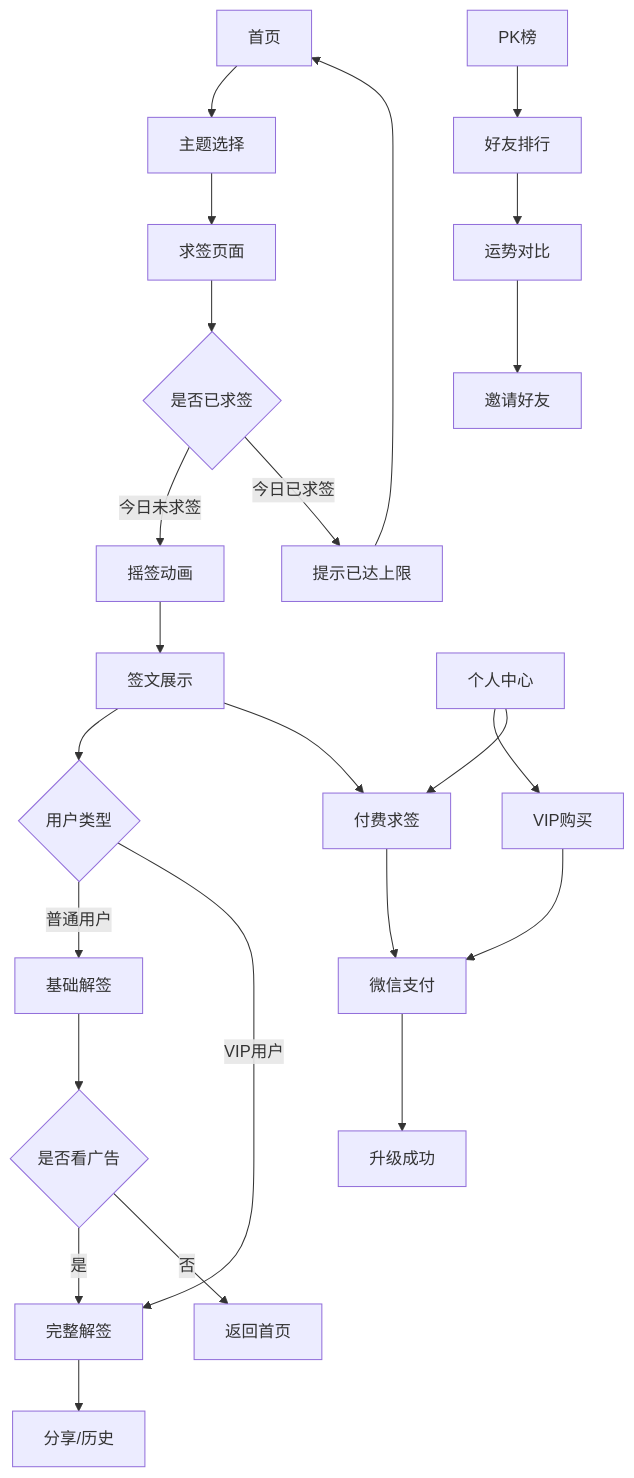
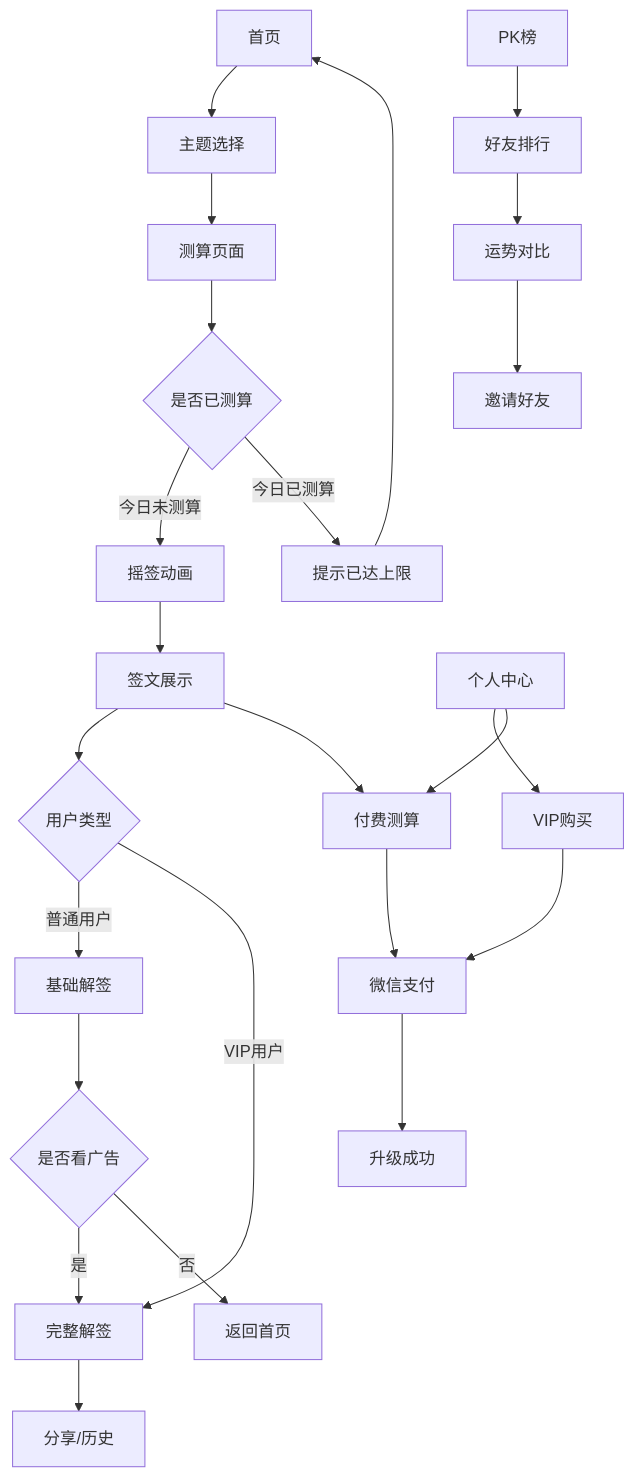
The diagram in product_requirements_document.md (YuW-0/TikTok_DH), drawn with Mermaid before and after one commit. The commit also changed other lines of this file and 17 other files, not shown here.

Commit message:
feat: add mini-games, profile form, and AI-based draw flow

````diff
--- a/product_requirements_document.md
+++ b/product_requirements_document.md
@@ -54,28 +54,28 @@
 ```mermaid
 graph TD
   A[首页] --> B[主题选择]
-  B --> C[求签页面]
-  C --> D{是否已求签}
-  D -->|今日未求签| E[摇签动画]
-  D -->|今日已求签| F[提示已达上限]
+  B --> C[测算页面]
+  C --> D{是否已测算}
+  D -->|今日未测算| E[摇签动画]
+  D -->|今日已测算| F[提示已达上限]
   E --> G[签文展示]
   G --> H{用户类型}
   H -->|普通用户| I[基础解签]
   H -->|VIP用户| J[完整解签]
   I --> K{是否看广告}
   K -->|是| J
   K -->|否| L[返回首页]
   J --> M[分享/历史]
-  G --> P[付费求签推荐]
+  G --> P[付费测算推荐]
   F --> A
   
   N[个人中心] --> O[VIP购买]
-  N --> P[付费求签]
+  N --> P[付费测算]
   O --> Q[微信支付]
   P --> Q
   Q --> R[升级成功]
   
   S[PK榜] --> T[好友排行]
   T --> U[运势对比]
   U --> V[邀请好友]
 ```
````
